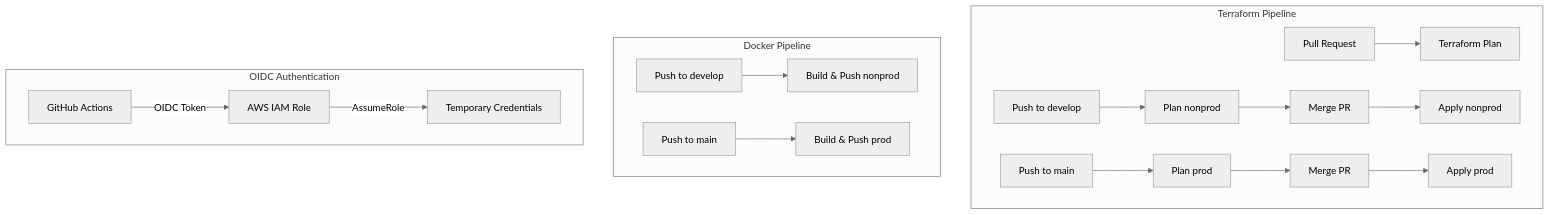
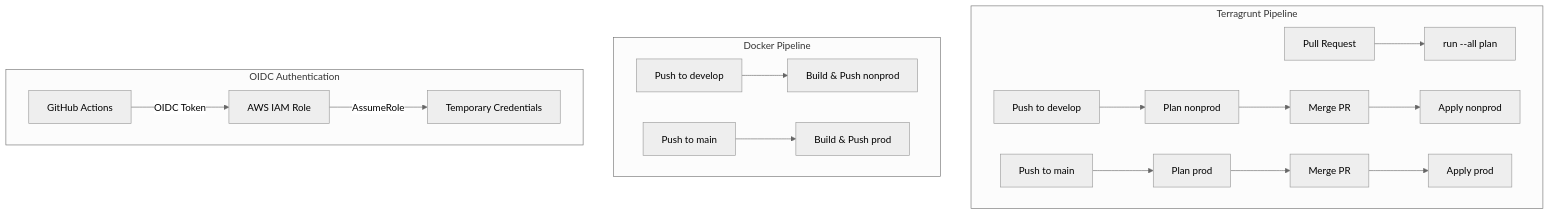
Before and after one commit to richard-gm/grafana-stack-aws: the third of 3 diagrams in README.md, drawn with Mermaid (neutral theme). The commit also changed other lines of this file and 35 other files, not shown here.

````diff
--- a/README.md
+++ b/README.md
@@ -211,22 +222,22 @@
 ```mermaid
 flowchart TD
-    subgraph Terraform["Terraform Pipeline"]
-        PR[Pull Request] --> PLAN[Terraform Plan]
+    subgraph Terraform["Terragrunt Pipeline"]
+        PR[Pull Request] --> PLAN[run --all plan]
         PUSH_DEVELOP[Push to develop] --> PLAN_NONPROD[Plan nonprod]
         PUSH_MAIN[Push to main] --> PLAN_PROD[Plan prod]
         PLAN_NONPROD --> MERGE1[Merge PR]
         MERGE1 --> APPLY_NONPROD[Apply nonprod]
         PLAN_PROD --> MERGE2[Merge PR]
         MERGE2 --> APPLY_PROD[Apply prod]
     end
 
     subgraph Docker["Docker Pipeline"]
         PUSH_DEV[Push to develop] --> BUILD_NONPROD[Build & Push nonprod]
         PUSH_MAIN2[Push to main] --> BUILD_PROD[Build & Push prod]
     end
 
     subgraph OIDC["OIDC Authentication"]
         GH[GitHub Actions] -->|OIDC Token| AWS[AWS IAM Role]
         AWS -->|AssumeRole| SESSION[Temporary Credentials]
     end
 ```
````
